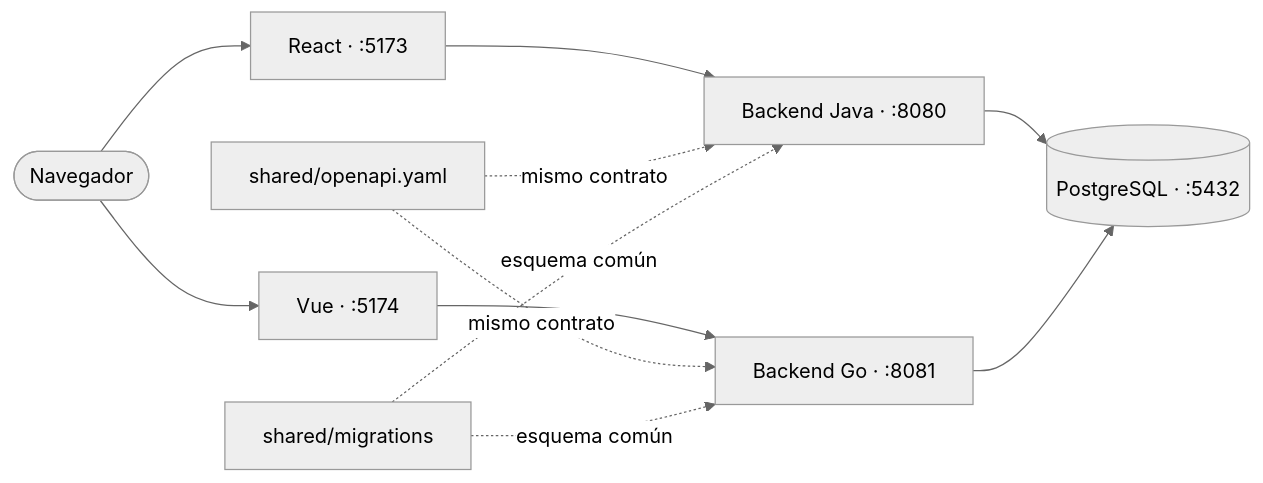
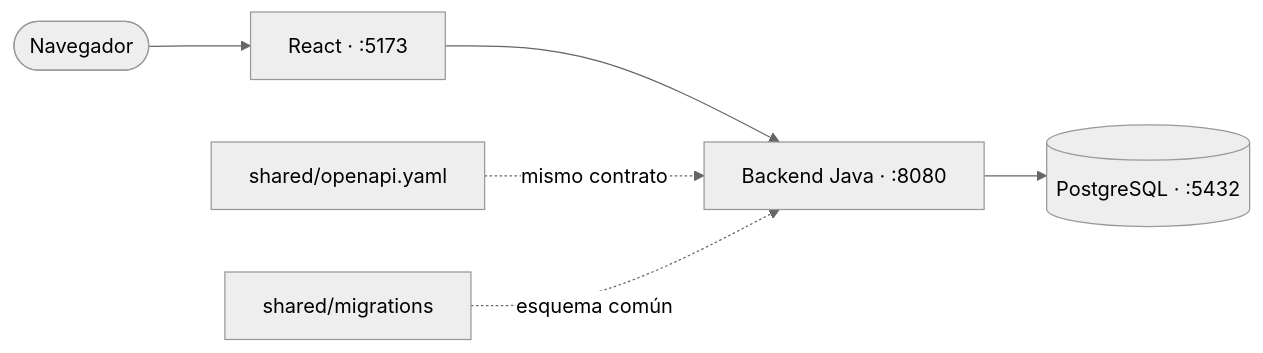
Before and after one commit to dierodfer/demo-jam: the diagram in README.md, drawn with Mermaid (neutral theme). The commit also changed other lines of this file and 39 other files, not shown here.

````diff
--- a/README.md
+++ b/README.md
@@ -53,18 +39,13 @@
 ```mermaid
 flowchart LR
     navegador(["Navegador"])
     react["React · :5173"]
     java["Backend Java · :8080"]
-    vue["Vue · :5174"]
-    go["Backend Go · :8081"]
     contrato["shared/openapi.yaml"]
     migraciones["shared/migrations"]
     db[("PostgreSQL · :5432")]
 
     navegador --> react --> java --> db
-    navegador --> vue --> go --> db
     contrato -.->|"mismo contrato"| java
-    contrato -.->|"mismo contrato"| go
     migraciones -.->|"esquema común"| java
-    migraciones -.->|"esquema común"| go
 ```
````
